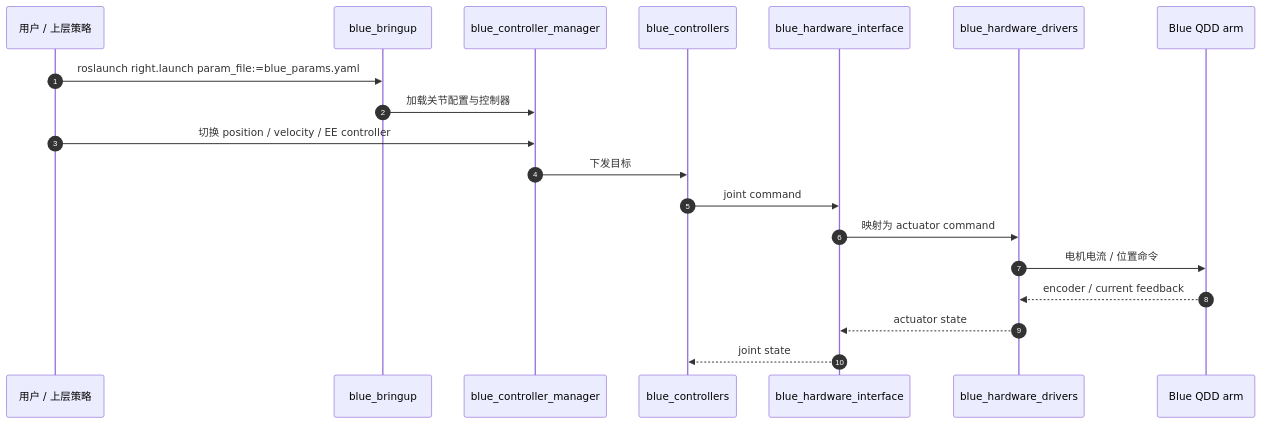
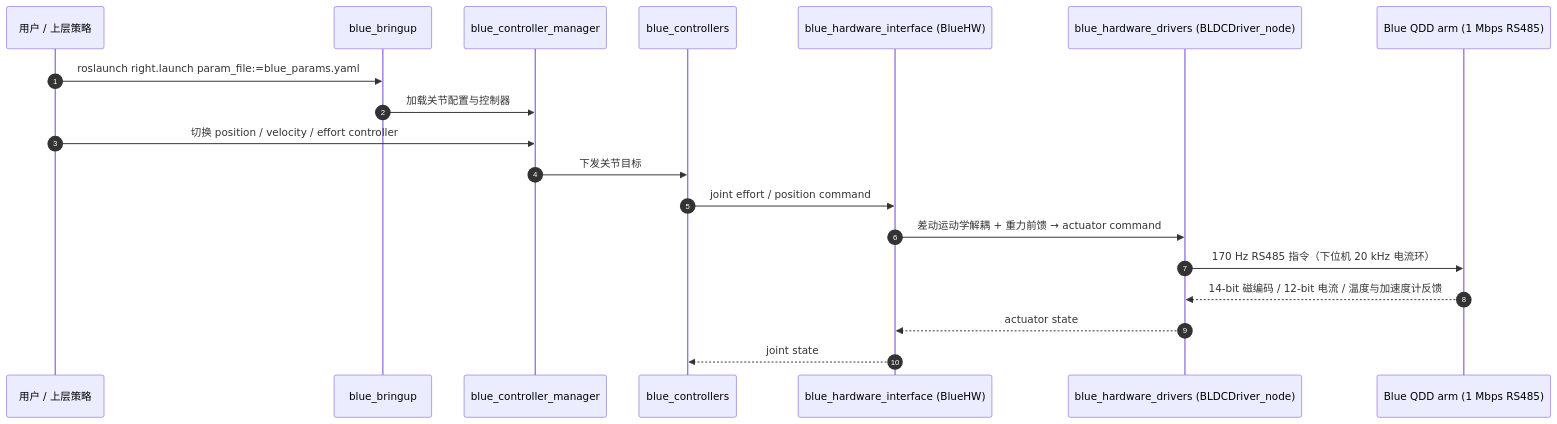
Before and after one commit to ImChong/Robotics_Notebooks: the second of 2 diagrams in wiki/entities/paper-notebook-quasi-direct-drive-for-low-cost-compliant-roboti.md, drawn with Mermaid. The commit also changed other lines of this file and 83 other files, not shown here.

Commit message:
[2026-11-21] ingest | roadmap/depth-torque-motor-design.md — 力矩电机设计纵深 42 节点原文通读与骨架补齐，全路线 70 节点全部 3/3

````diff
--- a/wiki/entities/paper-notebook-quasi-direct-drive-for-low-cost-compliant-roboti.md
+++ b/wiki/entities/paper-notebook-quasi-direct-drive-for-low-cost-compliant-roboti.md
@@ -79,22 +89,22 @@
 ```mermaid
 sequenceDiagram
   autonumber
   participant User as 用户 / 上层策略
   participant Bringup as blue_bringup
   participant CM as blue_controller_manager
   participant Ctrl as blue_controllers
-  participant HW as blue_hardware_interface
-  participant Driver as blue_hardware_drivers
-  participant Arm as Blue QDD arm
+  participant HW as blue_hardware_interface (BlueHW)
+  participant Driver as blue_hardware_drivers (BLDCDriver_node)
+  participant Arm as Blue QDD arm (1 Mbps RS485)
 
   User->>Bringup: roslaunch right.launch param_file:=blue_params.yaml
   Bringup->>CM: 加载关节配置与控制器
-  User->>CM: 切换 position / velocity / EE controller
-  CM->>Ctrl: 下发目标
-  Ctrl->>HW: joint command
-  HW->>Driver: 映射为 actuator command
-  Driver->>Arm: 电机电流 / 位置命令
-  Arm-->>Driver: encoder / current feedback
+  User->>CM: 切换 position / velocity / effort controller
+  CM->>Ctrl: 下发关节目标
+  Ctrl->>HW: joint effort / position command
+  HW->>Driver: 差动运动学解耦 + 重力前馈 → actuator command
+  Driver->>Arm: 170 Hz RS485 指令（下位机 20 kHz 电流环）
+  Arm-->>Driver: 14-bit 磁编码 / 12-bit 电流 / 温度与加速度计反馈
   Driver-->>HW: actuator state
   HW-->>Ctrl: joint state
 ```
````
